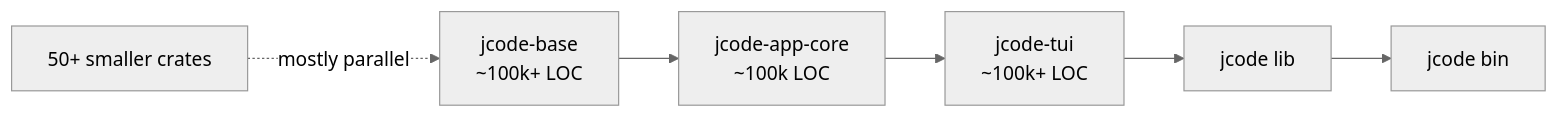
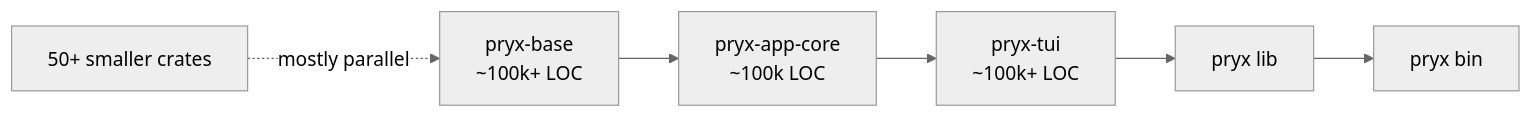
The first of 2 diagrams in docs/COMPILE_TIME_ISOLATION_REFACTOR.md (irfndi/pryx), drawn with Mermaid (neutral theme) before and after one commit. The commit also changed other lines of this file and 2678 other files, not shown here.

First line of the commit message:
refactor: rename jcode to pryx across the entire codebase

````diff
--- a/docs/COMPILE_TIME_ISOLATION_REFACTOR.md
+++ b/docs/COMPILE_TIME_ISOLATION_REFACTOR.md
@@ -15,8 +15,8 @@
 ```mermaid
 graph LR
-    base["jcode-base\n~100k+ LOC"] --> appcore["jcode-app-core\n~100k LOC"]
-    appcore --> tui["jcode-tui\n~100k+ LOC"]
-    tui --> rootlib["jcode lib"]
-    rootlib --> bin["jcode bin"]
+    base["pryx-base\n~100k+ LOC"] --> appcore["pryx-app-core\n~100k LOC"]
+    appcore --> tui["pryx-tui\n~100k+ LOC"]
+    tui --> rootlib["pryx lib"]
+    rootlib --> bin["pryx bin"]
     small["50+ smaller crates"] -. mostly parallel .-> base
 ```
````
